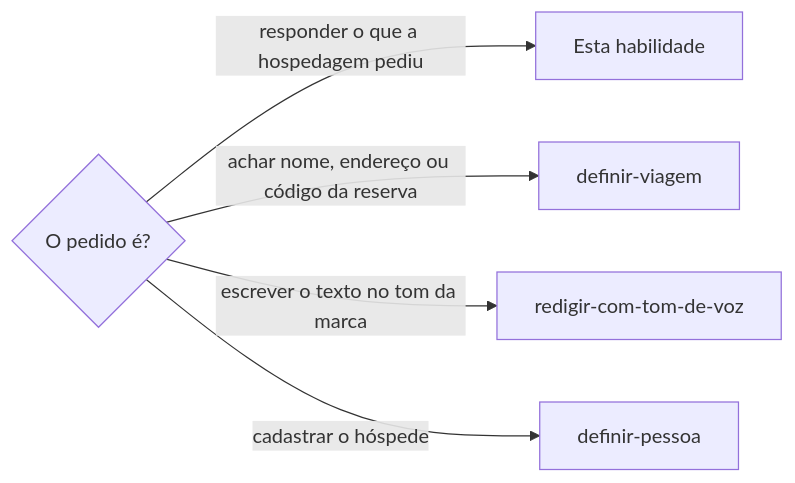
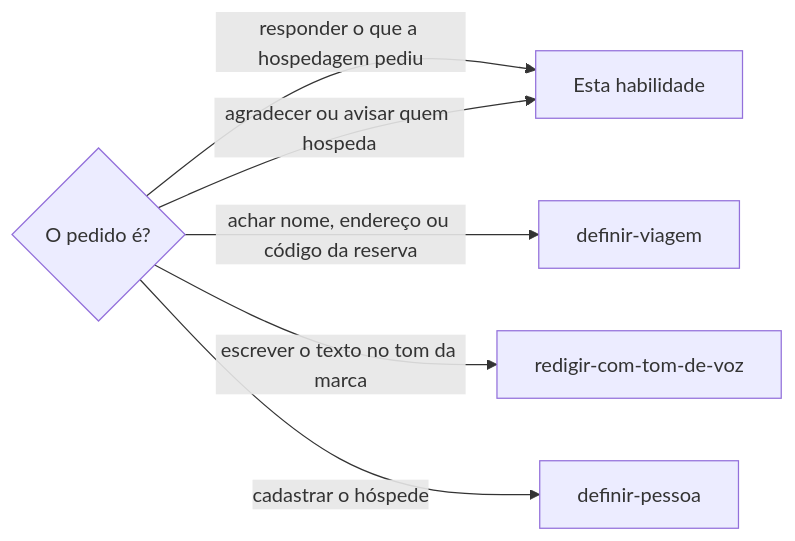
One commit to jimmyandrade/harness changed the diagram in .agents/skills/definir-hospedagem/SKILL.md. Above: the diagram before and after it, drawn with Mermaid. The commit also changed other lines of this file and 1 other file, not shown here.

````diff
--- a/.agents/skills/definir-hospedagem/SKILL.md
+++ b/.agents/skills/definir-hospedagem/SKILL.md
@@ -34,7 +34,8 @@
 ```mermaid
 flowchart LR
   Q{O pedido é?} -->|responder o que a hospedagem pediu| E[Esta habilidade]
+  Q -->|agradecer ou avisar quem hospeda| E
   Q -->|achar nome, endereço ou código da reserva| V[definir-viagem]
   Q -->|escrever o texto no tom da marca| R[redigir-com-tom-de-voz]
   Q -->|cadastrar o hóspede| P[definir-pessoa]
 ```
````
